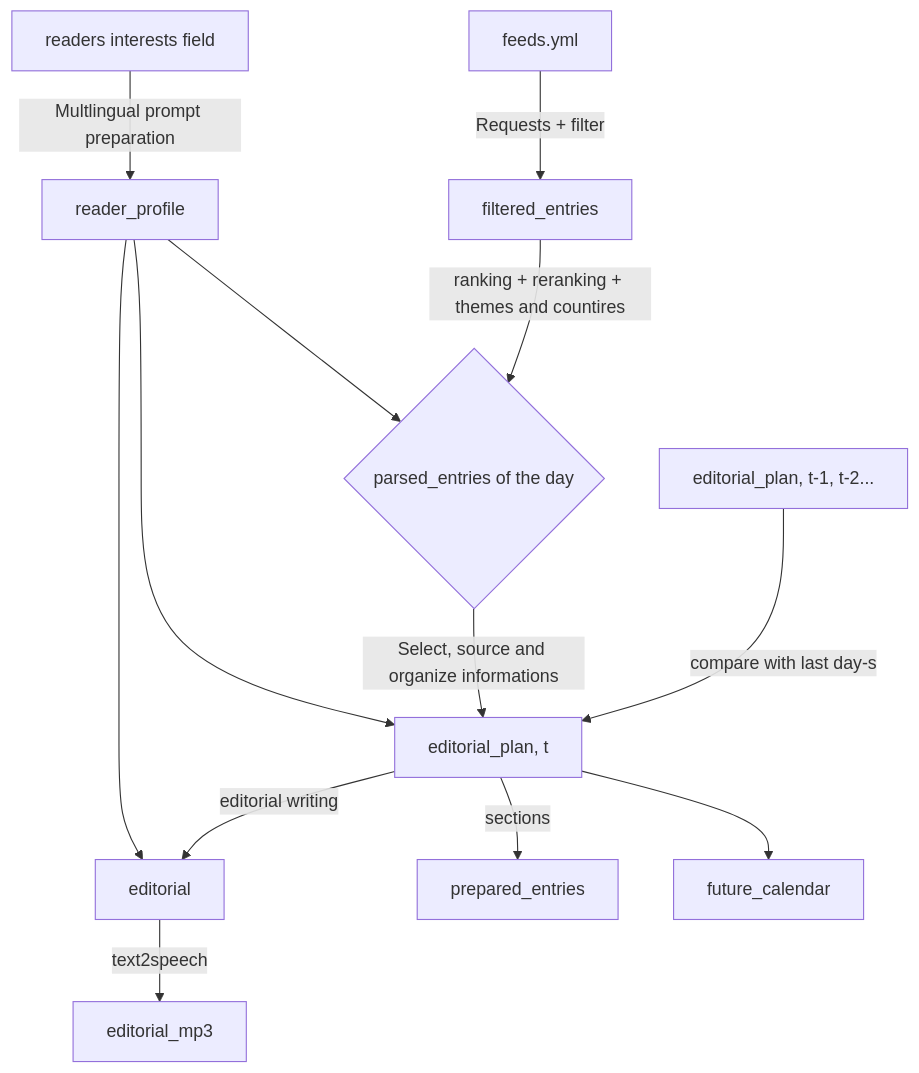
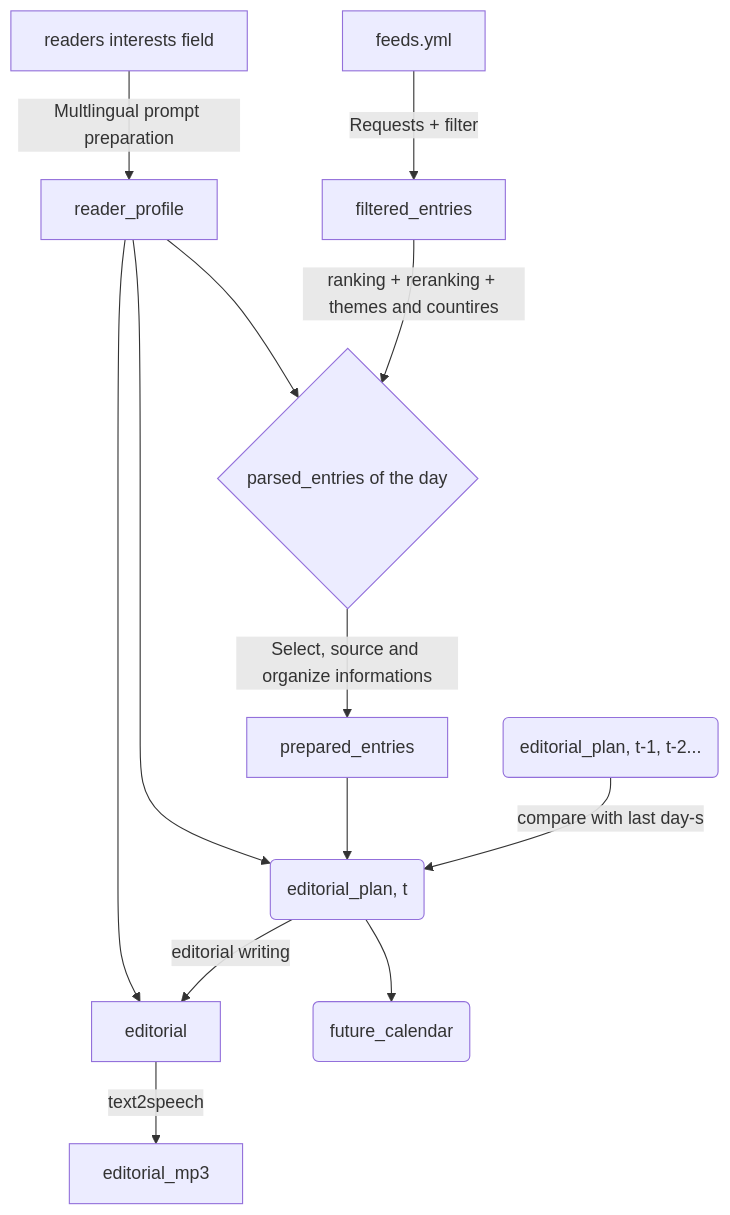
The second of 2 diagrams in README.md (RenardDesNeiges/press_room), drawn with Mermaid before and after one commit. The commit also changed other lines of this file and 9 other files, not shown here.

````diff
--- a/README.md
+++ b/README.md
@@ -178,26 +190,28 @@
 ```mermaid
 flowchart TD
     A[feeds.yml] -->|Requests + filter| B[filtered_entries]
     B -->|ranking + reranking + themes and countires| C{parsed_entries of the day}
     
-    D0[editorial_plan, t-1, t-2...]-->|compare with last day-s|D
+    D0(editorial_plan, t-1, t-2...)-->|compare with last day-s|D
 
 
-    C -->|Select, source and organize informations|D
-    D[editorial_plan, t]-->|editorial writing|E1
-    D-->|sections|E2
-    D-->E3[future_calendar]
+    C -->|Select, source and organize informations|E2
+    D(editorial_plan, t)-->|editorial writing|E1
+
+    D-->E3(future_calendar)
 
     E1[editorial]
     E2[prepared_entries]
+    E2-->D
 
     P0[readers interests field]
+
     P0-->|Multlingual prompt preparation|P1
     P1[reader_profile]
     P1-->E1
     P1-->D
     P1-->C
     
     E1-->|text2speech|F[editorial_mp3]
 
 ```
````
